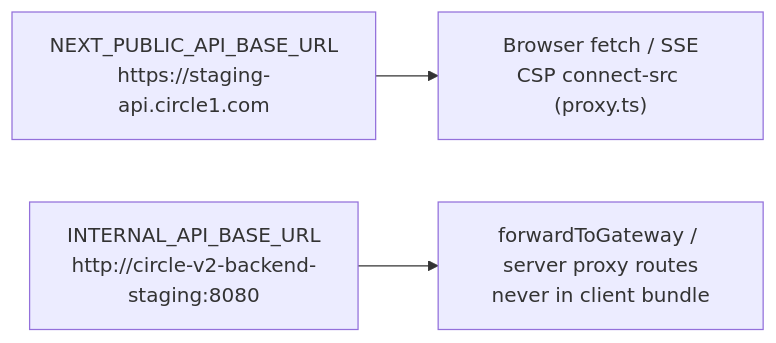
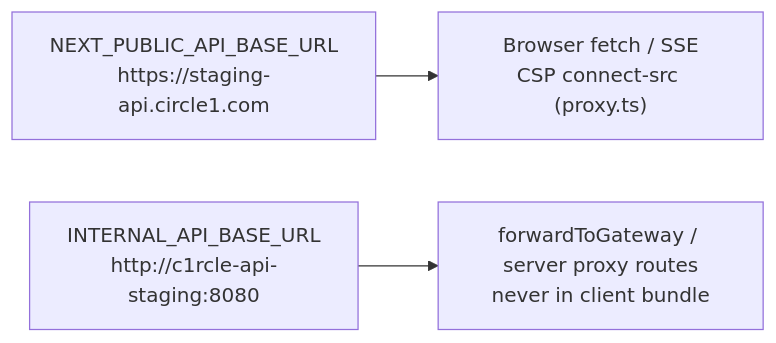
Before and after one commit to thec1rclehost123-cmd/expert_labs-c1rcle: the third of 4 diagrams in C1RCLE-BACKEND/docs/nginx/migration-plan.md, drawn with Mermaid. The commit also changed other lines of this file and 1459 other files, not shown here.

````diff
--- a/C1RCLE-BACKEND/docs/nginx/migration-plan.md
+++ b/C1RCLE-BACKEND/docs/nginx/migration-plan.md
@@ -76,5 +76,5 @@
 ```mermaid
 flowchart LR
   Pub["NEXT_PUBLIC_API_BASE_URL<br/>https://staging-api.circle1.com"] --> S1["Browser fetch / SSE<br/>CSP connect-src (proxy.ts)"]
-  Int["INTERNAL_API_BASE_URL<br/>http://circle-v2-backend-staging:8080"] --> S2["forwardToGateway / server proxy routes<br/>never in client bundle"]
+  Int["INTERNAL_API_BASE_URL<br/>http://c1rcle-api-staging:8080"] --> S2["forwardToGateway / server proxy routes<br/>never in client bundle"]
 ```
````
